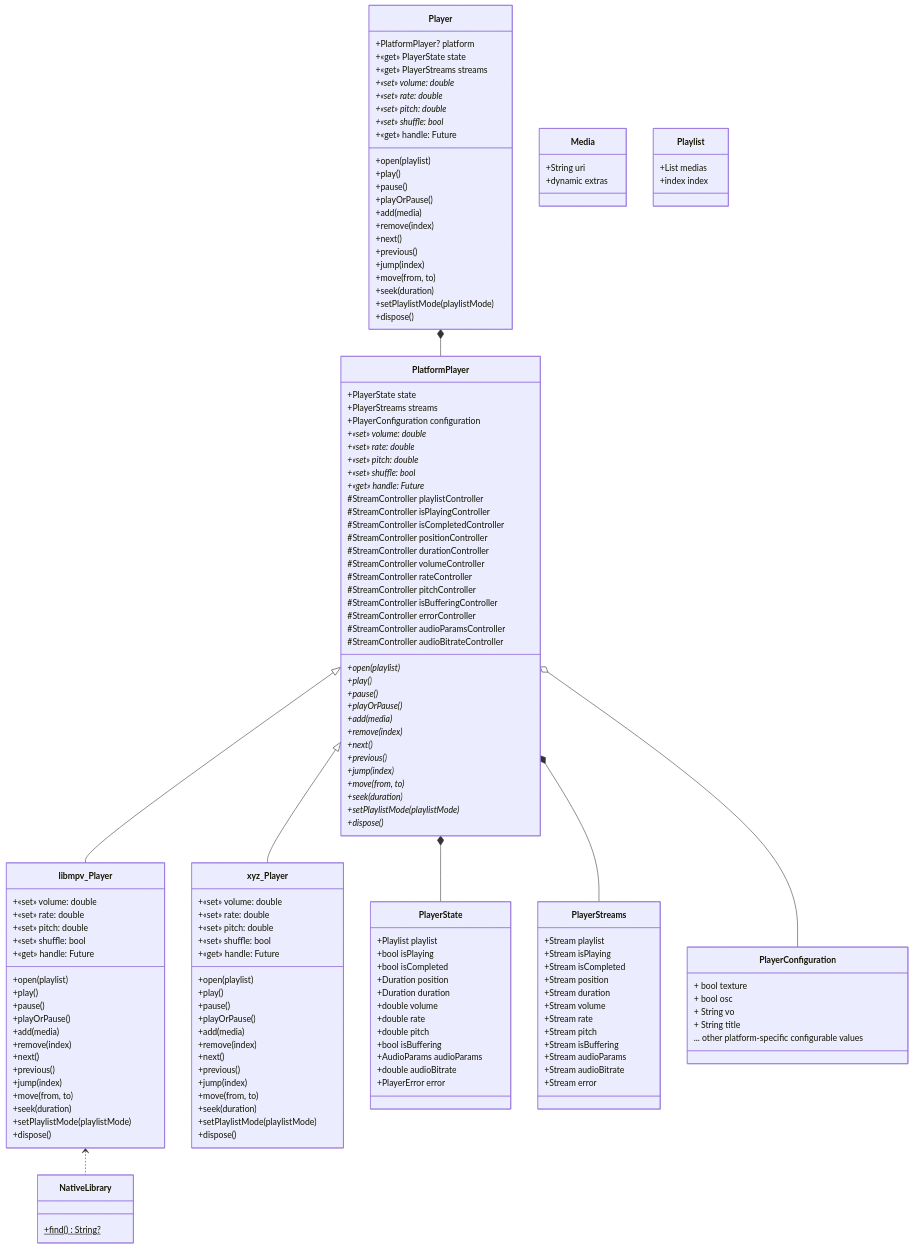
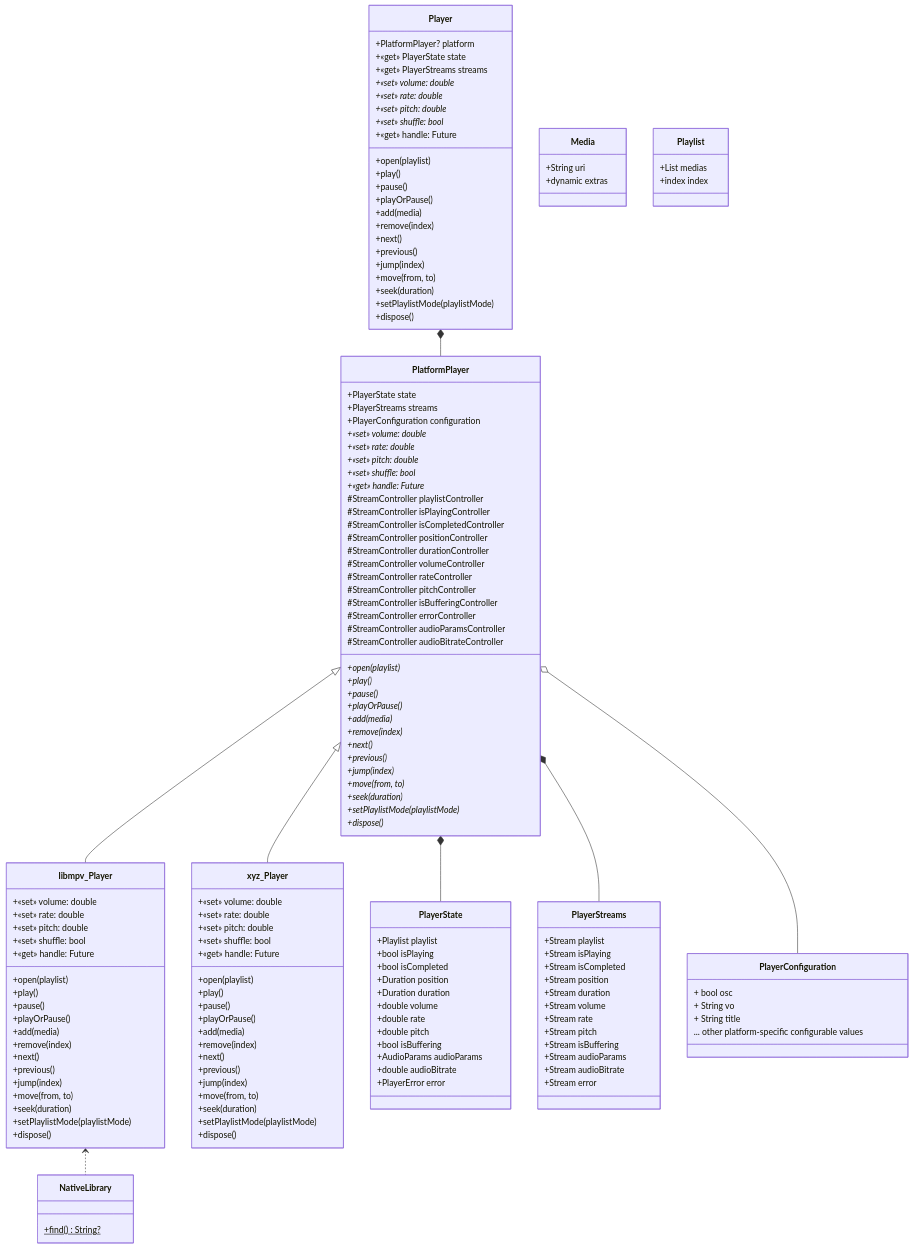
One commit to coolight7/media-kit changed the first of 2 diagrams in README.md. Above: the diagram before and after it, drawn with Mermaid. The commit also changed other lines of this file, not shown here.

Commit message:
docs: update windows class diagram

```diff
--- a/README.md
+++ b/README.md
@@ -245,7 +245,6 @@
   }
 
   class PlayerConfiguration {
-    + bool texture
     + bool osc
     + String vo
     + String title
```
